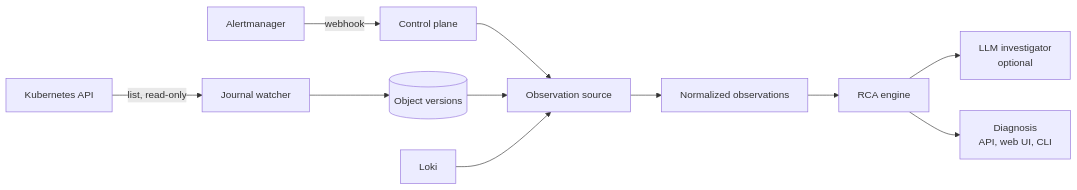
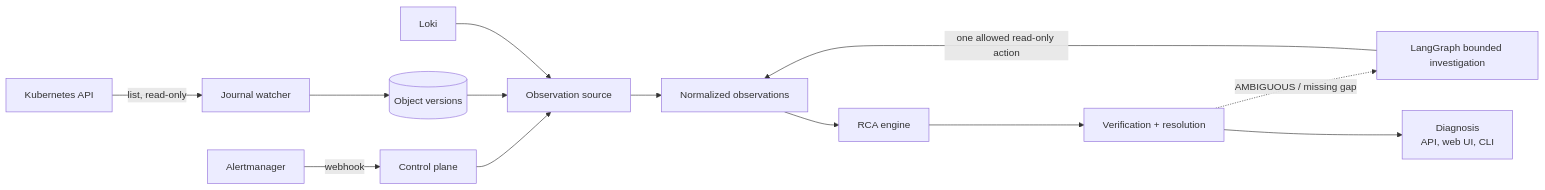
Before and after one commit to negativexq/agentic-sre: the diagram in docs/architecture.md, drawn with Mermaid. The commit also changed other lines of this file and 6 other files, not shown here.

Commit message:
feat(rca): integrate bounded investigation path

````diff
--- a/docs/architecture.md
+++ b/docs/architecture.md
@@ -7,13 +8,15 @@
 ```mermaid
 flowchart LR
   AM[Alertmanager] -->|webhook| CP[Control plane]
   K8s[Kubernetes API] -->|list, read-only| W[Journal watcher]
   W --> DB[(Object versions)]
   CP --> SRC[Observation source]
   DB --> SRC
   Loki[Loki] --> SRC
   SRC --> OBS[Normalized observations]
   OBS --> ENG[RCA engine]
-  ENG --> LLM[LLM investigator<br/>optional]
-  ENG --> OUT[Diagnosis<br/>API, web UI, CLI]
+  ENG --> RES[Verification + resolution]
+  RES -. AMBIGUOUS / missing gap .-> G[LangGraph bounded investigation]
+  G -->|one allowed read-only action| OBS
+  RES --> OUT[Diagnosis<br/>API, web UI, CLI]
 ```
````
